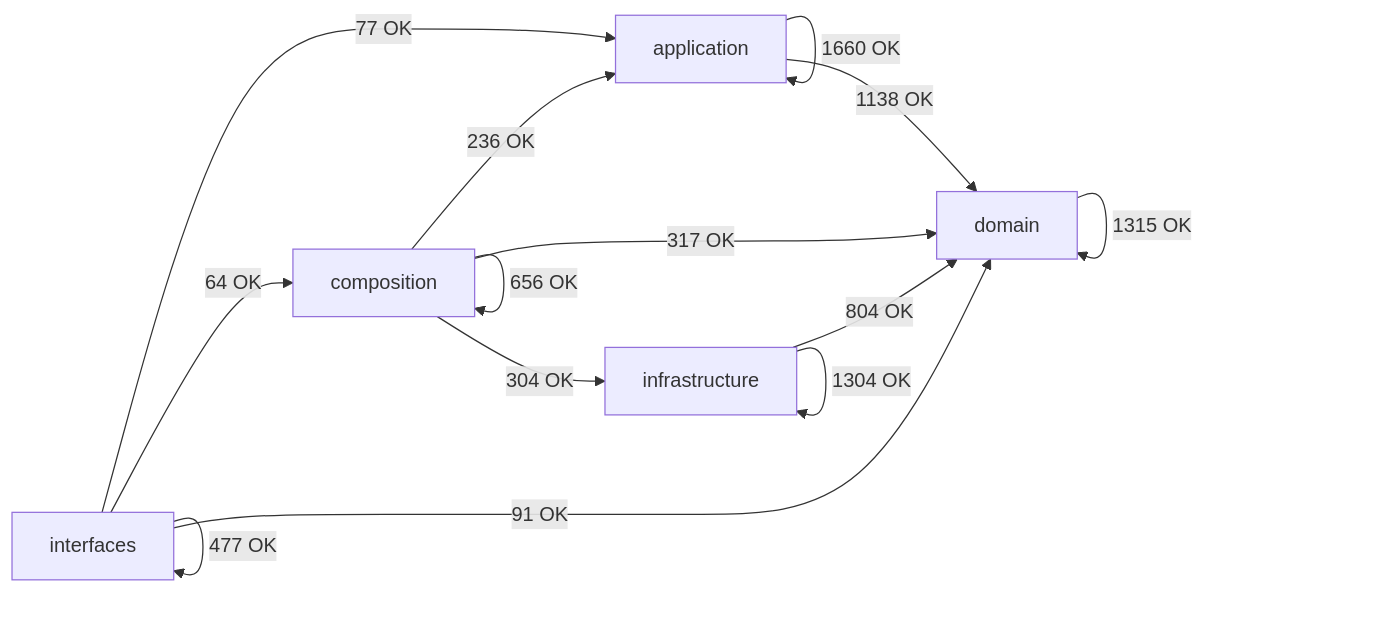
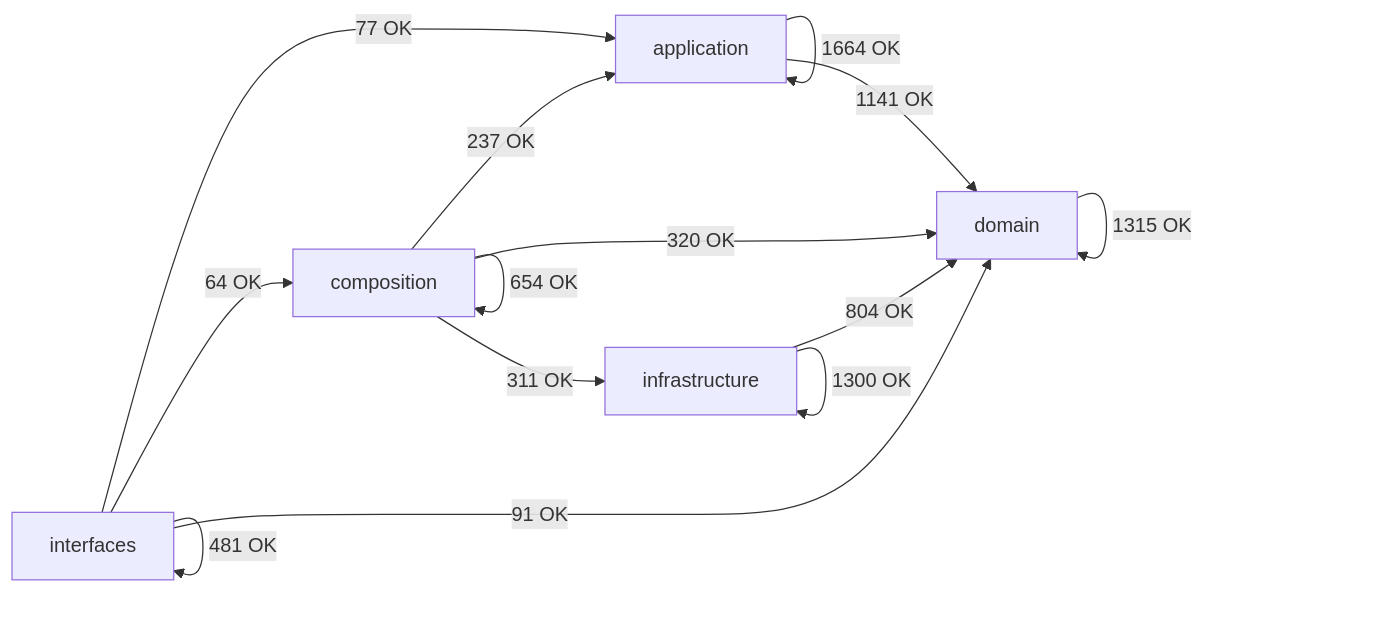
Before and after one commit to SatoryKono/BioactivityDataAcquisition: the diagram in docs/02-architecture/generated/module-dependency-map.md, drawn with Mermaid. The commit also changed other lines of this file and 186 other files, not shown here.

````diff
--- a/docs/02-architecture/generated/module-dependency-map.md
+++ b/docs/02-architecture/generated/module-dependency-map.md
@@ -17,21 +17,21 @@
 ```mermaid
 flowchart LR
     domain[domain]
     application[application]
     infrastructure[infrastructure]
     composition[composition]
     interfaces[interfaces]
-    application -->|1660 OK| application
-    application -->|1138 OK| domain
-    composition -->|236 OK| application
-    composition -->|656 OK| composition
-    composition -->|317 OK| domain
-    composition -->|304 OK| infrastructure
+    application -->|1664 OK| application
+    application -->|1141 OK| domain
+    composition -->|237 OK| application
+    composition -->|654 OK| composition
+    composition -->|320 OK| domain
+    composition -->|311 OK| infrastructure
     domain -->|1315 OK| domain
     infrastructure -->|804 OK| domain
-    infrastructure -->|1304 OK| infrastructure
+    infrastructure -->|1300 OK| infrastructure
     interfaces -->|77 OK| application
     interfaces -->|64 OK| composition
     interfaces -->|91 OK| domain
-    interfaces -->|477 OK| interfaces
+    interfaces -->|481 OK| interfaces
 ```
````
